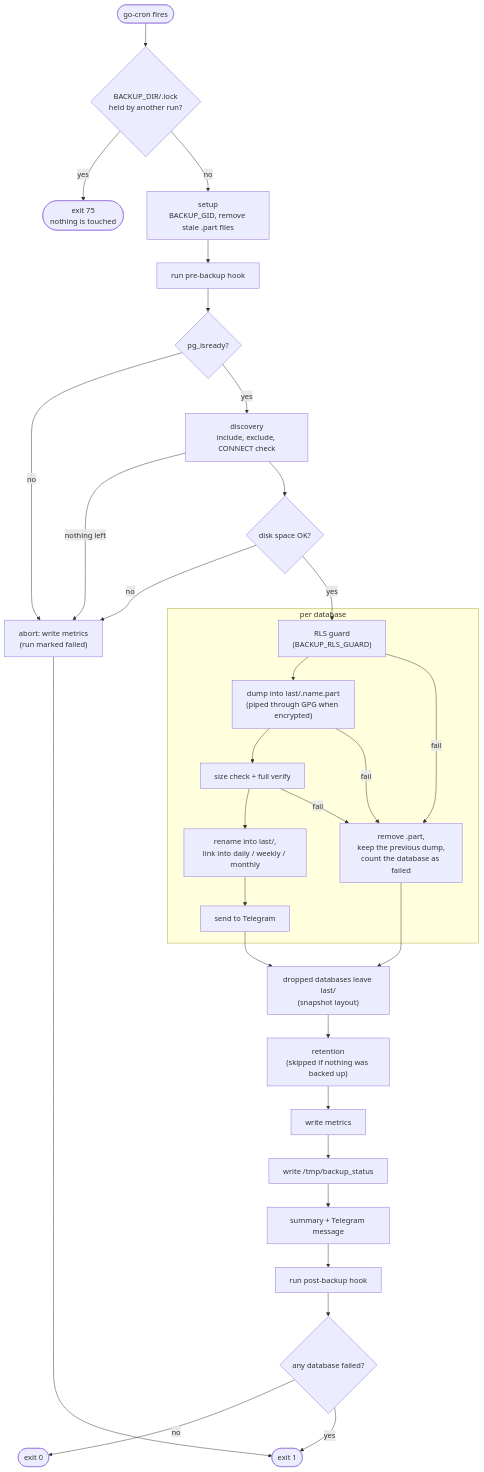
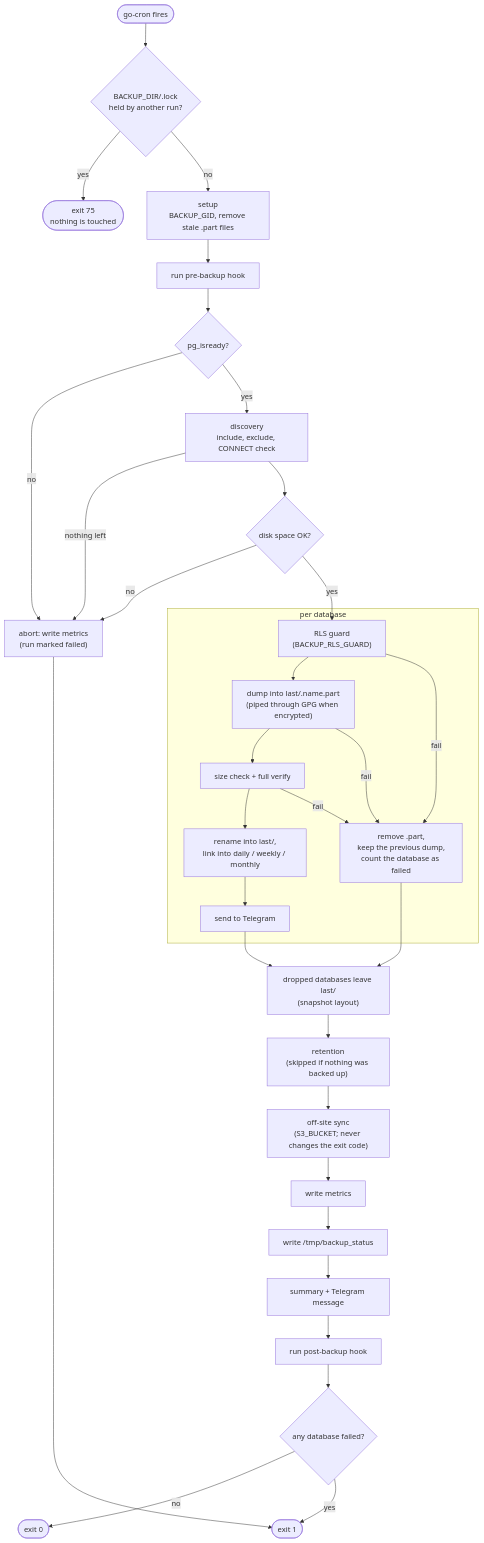
One commit to ganiyevuz/backupgram changed the third of 5 diagrams in docs/ARCHITECTURE.md. Above: the diagram before and after it, drawn with Mermaid. The commit also changed other lines of this file and 13 other files, not shown here.

Commit message:
docs: off-site S3 copies; image defaults, alerts and dashboard panel

````diff
--- a/docs/ARCHITECTURE.md
+++ b/docs/ARCHITECTURE.md
@@ -108,36 +125,37 @@
 ```mermaid
 flowchart TD
     start([go-cron fires]) --> lock{"BACKUP_DIR/.lock<br/>held by another run?"}
     lock -->|yes| busy(["exit 75<br/>nothing is touched"])
     lock -->|no| setup["setup<br/>BACKUP_GID, remove stale .part files"]
     setup --> pre[run pre-backup hook]
     pre --> ready{pg_isready?}
     ready -->|no| abort
     ready -->|yes| disc["discovery<br/>include, exclude, CONNECT check"]
     disc -->|"nothing left"| abort
     disc --> disk{disk space OK?}
     disk -->|no| abort
     disk -->|yes| guard
 
     subgraph perdb["per database"]
         guard["RLS guard<br/>(BACKUP_RLS_GUARD)"] --> dump["dump into last/.name.part<br/>(piped through GPG when encrypted)"]
         dump --> accept["size check + full verify"]
         accept --> rename["rename into last/,<br/>link into daily / weekly / monthly"]
         rename --> send[send to Telegram]
         guard -->|fail| keep
         dump -->|fail| keep
         accept -->|fail| keep["remove .part,<br/>keep the previous dump,<br/>count the database as failed"]
     end
 
     send --> dropped["dropped databases leave last/<br/>(snapshot layout)"]
     keep --> dropped
     dropped --> retention["retention<br/>(skipped if nothing was backed up)"]
-    retention --> metrics[write metrics]
+    retention --> offsite["off-site sync<br/>(S3_BUCKET; never changes the exit code)"]
+    offsite --> metrics[write metrics]
     metrics --> status["write /tmp/backup_status"]
     status --> summary[summary + Telegram message]
     summary --> post[run post-backup hook]
     post --> result{any database failed?}
     result -->|no| ok([exit 0])
     result -->|yes| fail([exit 1])
     abort["abort: write metrics<br/>(run marked failed)"] --> fail
 ```
````
